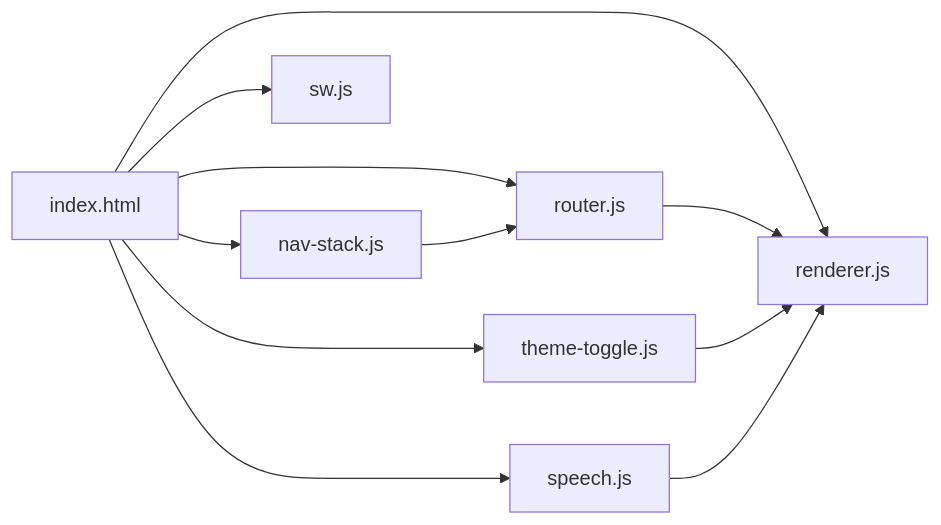
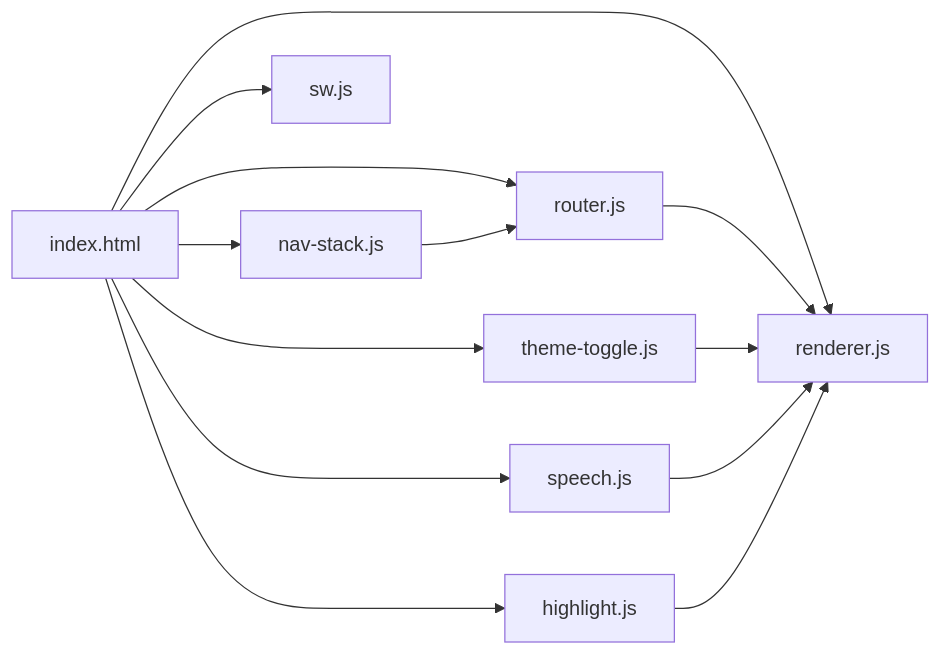
One commit to zhao-zg/cx changed the tenth of 10 diagrams in .qoder/repowiki/zh/content/高级功能/前端功能.md. Above: the diagram before and after it, drawn with Mermaid. The commit also changed other lines of this file and 48 other files, not shown here.

````diff
--- a/.qoder/repowiki/zh/content/高级功能/前端功能.md
+++ b/.qoder/repowiki/zh/content/高级功能/前端功能.md
@@ -330,13 +410,15 @@
 ```mermaid
 graph LR
 IDX["index.html"] --> R["router.js"]
 IDX --> RN["renderer.js"]
 IDX --> ST["theme-toggle.js"]
 IDX --> SP["speech.js"]
+IDX --> HL["highlight.js"]
 IDX --> NS["nav-stack.js"]
 IDX --> SW["sw.js"]
 R --> RN
 ST --> RN
 SP --> RN
+HL --> RN
 NS --> R
 ```
````
